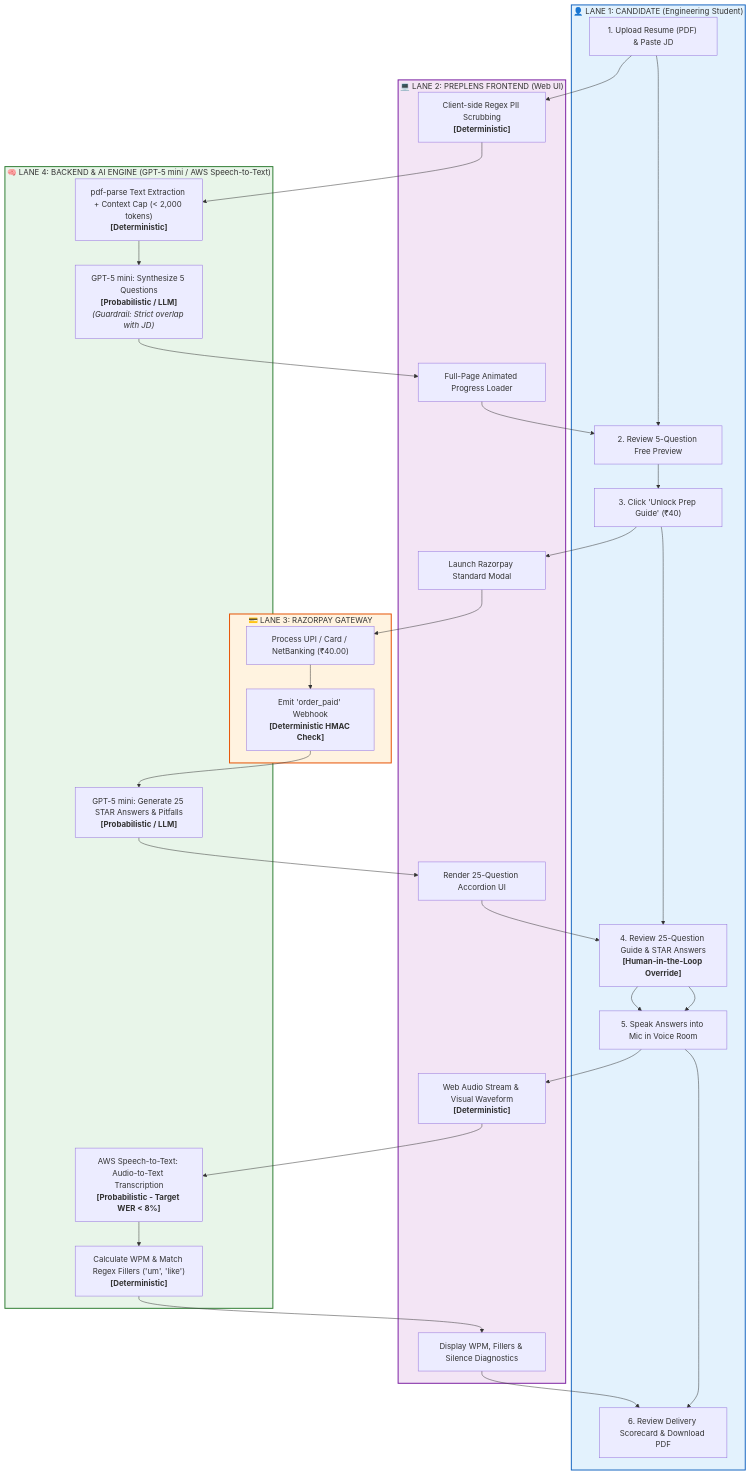
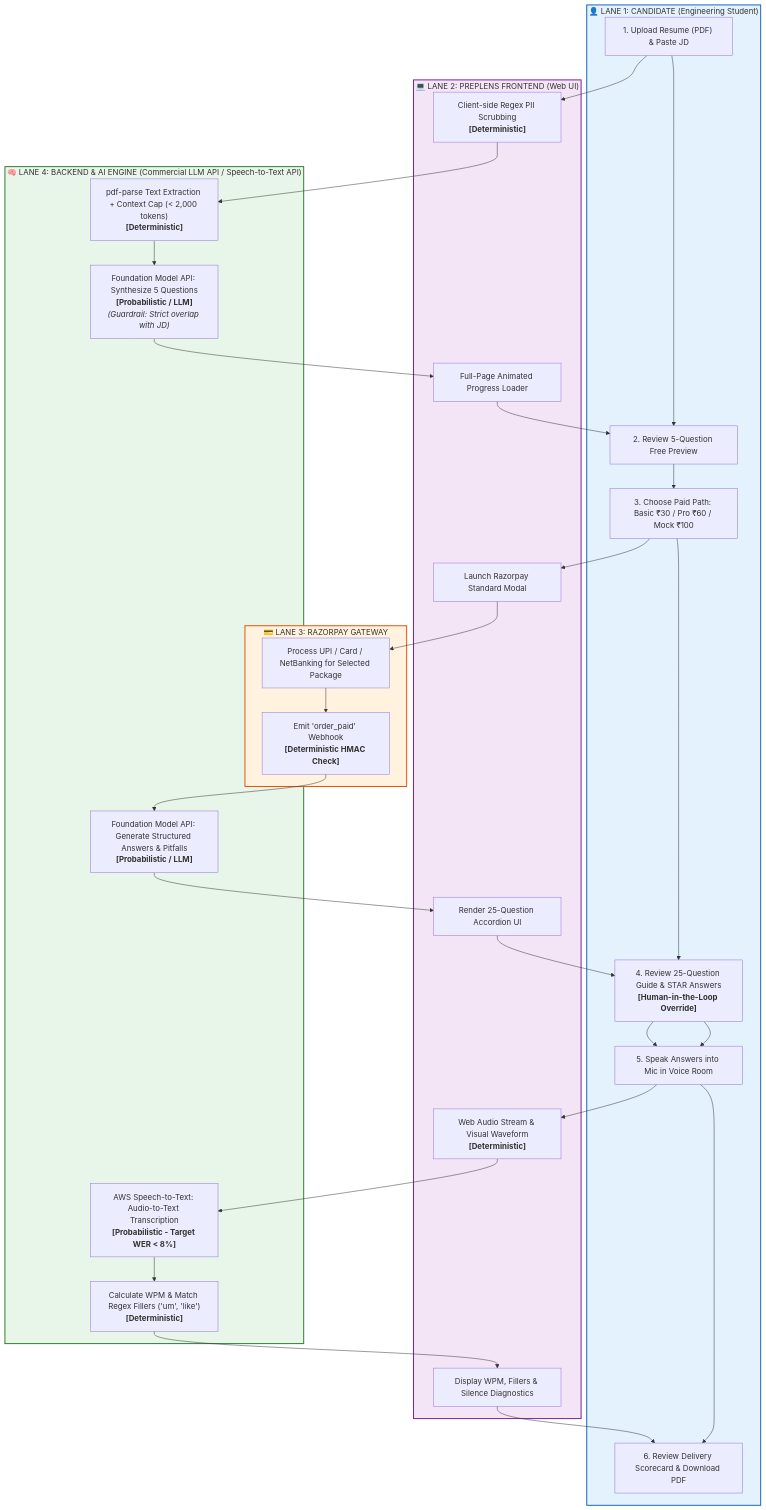
One commit to MAIP2026July/Team_006 changed the diagram in 04_UX_and_Workflow.md. Above: the diagram before and after it, drawn with Mermaid. The commit also changed 7 other files, not shown here.

````diff
--- a/04_UX_and_Workflow.md
+++ b/04_UX_and_Workflow.md
@@ -12,47 +12,47 @@
 ```mermaid
 graph TD
     %% Lane 1: Candidate Actions
     subgraph Lane_Candidate["👤 LANE 1: CANDIDATE (Engineering Student)"]
         A1["1. Upload Resume (PDF) & Paste JD"] --> A2["2. Review 5-Question Free Preview"]
-        A2 --> A3["3. Click 'Unlock Prep Guide' (₹40)"]
+        A2 --> A3["3. Choose Paid Path: Basic ₹30 / Pro ₹60 / Mock ₹100"]
         A3 --> A4["4. Review 25-Question Guide & STAR Answers<br><b>[Human-in-the-Loop Override]</b>"]
         A4 --> A5["5. Speak Answers into Mic in Voice Room"]
         A5 --> A6["6. Review Delivery Scorecard & Download PDF"]
     end
 
     %% Lane 2: Frontend UI
     subgraph Lane_Frontend["💻 LANE 2: PREPLENS FRONTEND (Web UI)"]
         B1["Client-side Regex PII Scrubbing<br><b>[Deterministic]</b>"]
         B2["Full-Page Animated Progress Loader"]
         B3["Launch Razorpay Standard Modal"]
         B4["Render 25-Question Accordion UI"]
         B5["Web Audio Stream & Visual Waveform<br><b>[Deterministic]</b>"]
         B6["Display WPM, Fillers & Silence Diagnostics"]
     end
 
     %% Lane 3: Gateway
     subgraph Lane_Payment["💳 LANE 3: RAZORPAY GATEWAY"]
-        C1["Process UPI / Card / NetBanking (₹40.00)"]
+        C1["Process UPI / Card / NetBanking for Selected Package"]
         C2["Emit 'order_paid' Webhook<br><b>[Deterministic HMAC Check]</b>"]
     end
 
     %% Lane 4: AI & Backend Engine
-    subgraph Lane_Backend_AI["🧠 LANE 4: BACKEND & AI ENGINE (GPT-5 mini / AWS Speech-to-Text)"]
+    subgraph Lane_Backend_AI["🧠 LANE 4: BACKEND & AI ENGINE (Commercial LLM API / Speech-to-Text API)"]
         D1["pdf-parse Text Extraction + Context Cap (< 2,000 tokens)<br><b>[Deterministic]</b>"]
-        D2["GPT-5 mini: Synthesize 5 Questions<br><b>[Probabilistic / LLM]</b><br><i>(Guardrail: Strict overlap with JD)</i>"]
-        D3["GPT-5 mini: Generate 25 STAR Answers & Pitfalls<br><b>[Probabilistic / LLM]</b>"]
+        D2["Foundation Model API: Synthesize 5 Questions<br><b>[Probabilistic / LLM]</b><br><i>(Guardrail: Strict overlap with JD)</i>"]
+        D3["Foundation Model API: Generate Structured Answers & Pitfalls<br><b>[Probabilistic / LLM]</b>"]
         D4["AWS Speech-to-Text: Audio-to-Text Transcription<br><b>[Probabilistic - Target WER &lt; 8%]</b>"]
         D5["Calculate WPM & Match Regex Fillers ('um', 'like')<br><b>[Deterministic]</b>"]
     end
 
     %% Cross-Lane Connections
     A1 --> B1 --> D1 --> D2 --> B2 --> A2
     A3 --> B3 --> C1 --> C2 --> D3 --> B4 --> A4
     A4 --> A5 --> B5 --> D4 --> D5 --> B6 --> A6
 
     %% Styling
     style Lane_Candidate fill:#e3f2fd,stroke:#1565c0,stroke-width:2px;
     style Lane_Frontend fill:#f3e5f5,stroke:#7b1fa2,stroke-width:2px;
     style Lane_Payment fill:#fff3e0,stroke:#e65100,stroke-width:2px;
     style Lane_Backend_AI fill:#e8f5e9,stroke:#2e7d32,stroke-width:2px;
 ```
````
